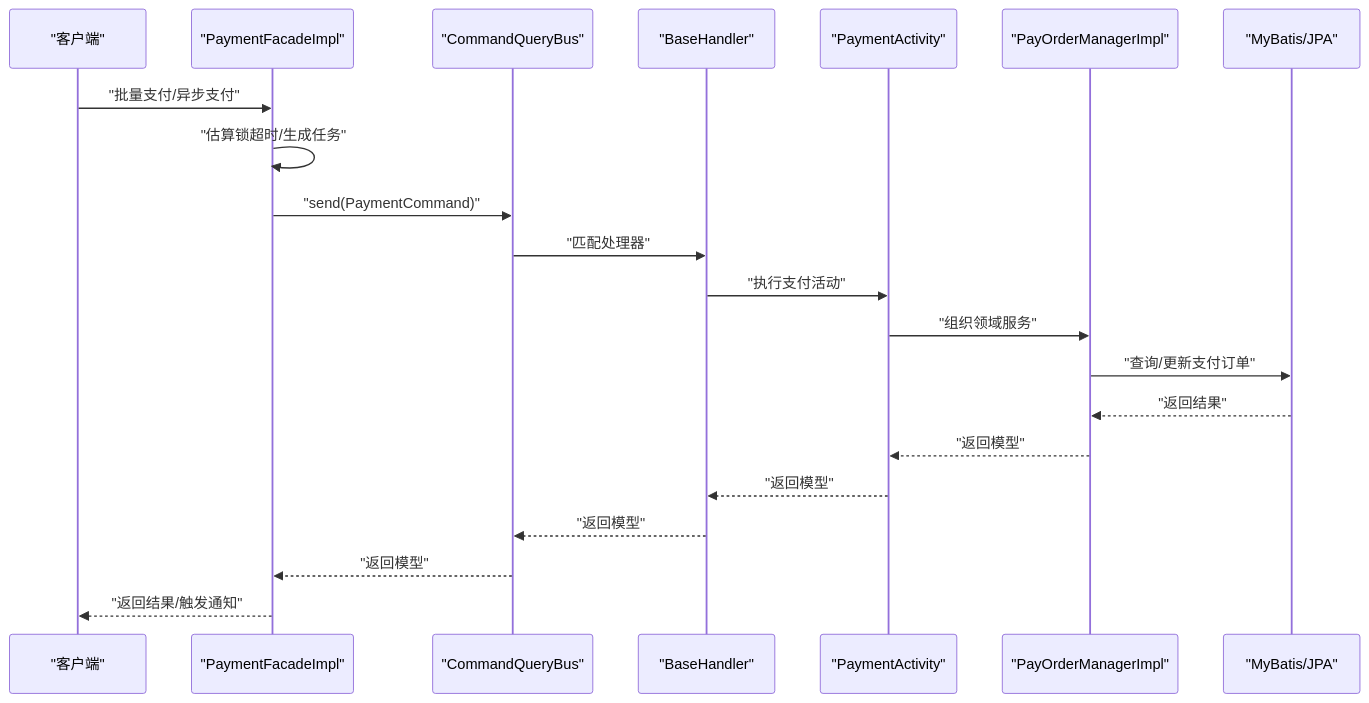
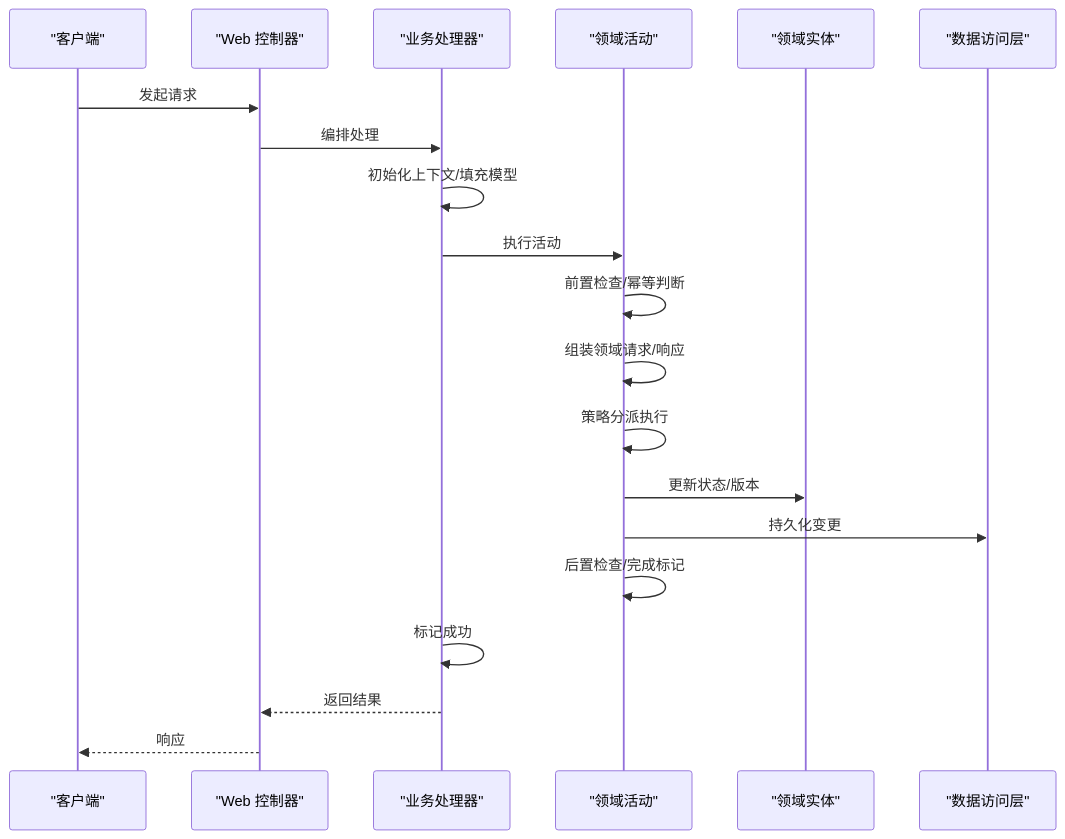
One commit to magicliang/domain-driven-transaction-sys changed the third of 6 diagrams in .qoder/repowiki/zh/content/架构设计/架构评估报告-DDD-COLA-SOFA.md. Above: the diagram before and after it, drawn with Mermaid. The commit also changed other lines of this file and 1 other file, not shown here.

````diff
--- a/.qoder/repowiki/zh/content/架构设计/架构评估报告-DDD-COLA-SOFA.md
+++ b/.qoder/repowiki/zh/content/架构设计/架构评估报告-DDD-COLA-SOFA.md
@@ -128,23 +127,22 @@
 ```mermaid
 sequenceDiagram
 participant Client as "客户端"
-participant Facade as "PaymentFacadeImpl"
-participant Bus as "CommandQueryBus"
-participant Handler as "BaseHandler"
-participant Activity as "PaymentActivity"
-participant Manager as "PayOrderManagerImpl"
-participant DAL as "MyBatis/JPA"
-Client->>Facade : "批量支付/异步支付"
-Facade->>Facade : "估算锁超时/生成任务"
-Facade->>Bus : "send(PaymentCommand)"
-Bus->>Handler : "匹配处理器"
-Handler->>Activity : "执行支付活动"
-Activity->>Manager : "组织领域服务"
-Manager->>DAL : "查询/更新支付订单"
-DAL-->>Manager : "返回结果"
-Manager-->>Activity : "返回模型"
-Activity-->>Handler : "返回模型"
-Handler-->>Bus : "返回模型"
-Bus-->>Facade : "返回模型"
-Facade-->>Client : "返回结果/触发通知"
+participant Controller as "Web 控制器"
+participant Handler as "业务处理器"
+participant Activity as "领域活动"
+participant Model as "领域实体"
+participant DAL as "数据访问层"
+Client->>Controller : 发起请求
+Controller->>Handler : 编排处理
+Handler->>Handler : 初始化上下文/填充模型
+Handler->>Activity : 执行活动
+Activity->>Activity : 前置检查/幂等判断
+Activity->>Activity : 组装领域请求/响应
+Activity->>Activity : 策略分派执行
+Activity->>Model : 更新状态/版本
+Activity->>DAL : 持久化变更
+Activity->>Activity : 后置检查/完成标记
+Handler->>Handler : 标记成功
+Handler-->>Controller : 返回结果
+Controller-->>Client : 响应
 ```
````
